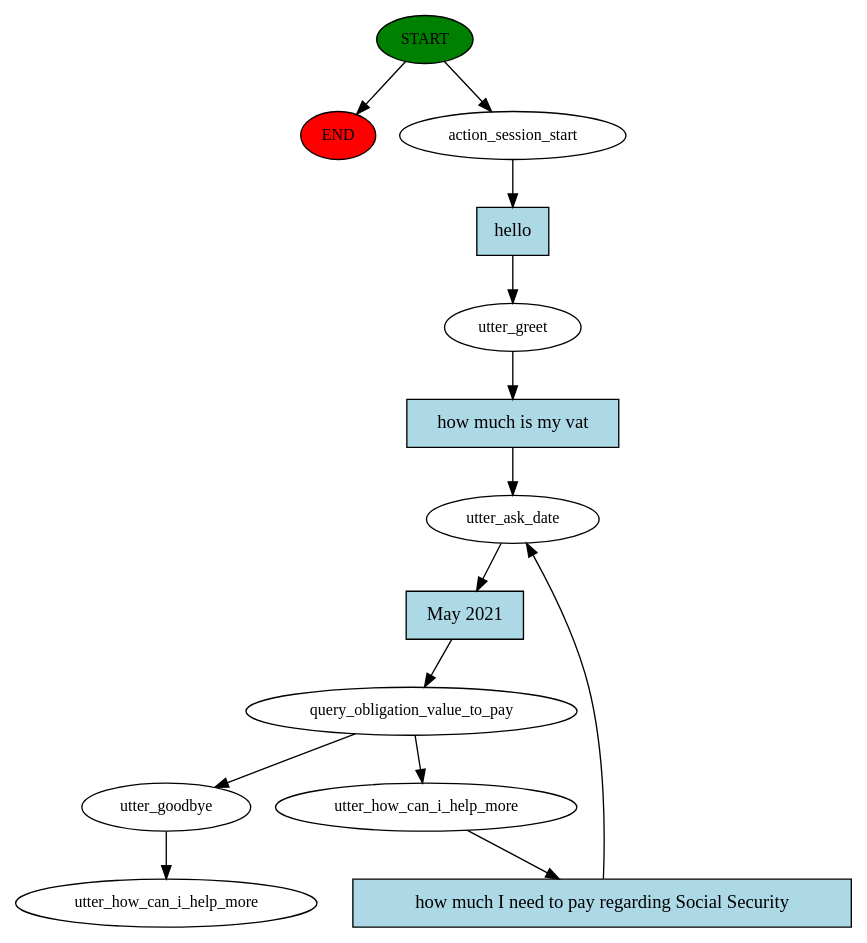
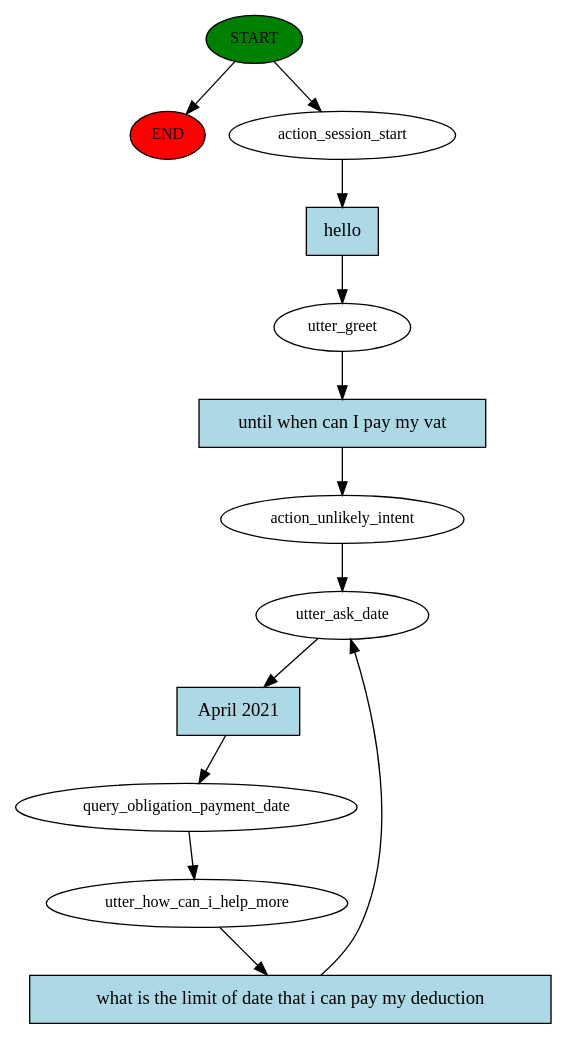
One commit to isabelSoares/PrimaveraChatBot changed the diagram in story_graph.dot. Above: the diagram before and after it, drawn with Graphviz. The commit also changed 9 other files, not shown here.

```diff
--- a/story_graph.dot
+++ b/story_graph.dot
@@ -1,28 +1,26 @@
 digraph  {
 0 [class="start active", fillcolor=green, fontsize=12, label=START, style=filled];
 "-1" [class=end, fillcolor=red, fontsize=12, label=END, style=filled];
 1 [class=active, fontsize=12, label=action_session_start];
 2 [class=active, fontsize=12, label=utter_greet];
-3 [class=active, fontsize=12, label=utter_ask_date];
-4 [class=active, fontsize=12, label=query_obligation_value_to_pay];
-5 [class=active, fontsize=12, label=utter_how_can_i_help_more];
-8 [class=active, fontsize=12, label=utter_goodbye];
-9 [class="dashed active", fontsize=12, label=utter_how_can_i_help_more];
+3 [class=active, fontsize=12, label=action_unlikely_intent];
+4 [class=active, fontsize=12, label=utter_ask_date];
+5 [class=active, fontsize=12, label=query_obligation_payment_date];
+6 [class="active dashed", fontsize=12, label=utter_how_can_i_help_more];
 10 [class="intent active", fillcolor=lightblue, label=hello, shape=rect, style=filled];
-11 [class="intent active", fillcolor=lightblue, label="how much is my vat", shape=rect, style=filled];
-12 [class="intent active", fillcolor=lightblue, label="May 2021", shape=rect, style=filled];
-13 [class="intent active", fillcolor=lightblue, label="how much I need to pay regarding Social Security", shape=rect, style=filled];
+11 [class="intent active", fillcolor=lightblue, label="until when can I pay my vat", shape=rect, style=filled];
+12 [class="intent active", fillcolor=lightblue, label="April 2021", shape=rect, style=filled];
+13 [class="intent active", fillcolor=lightblue, label="what is the limit of date that i can pay my deduction", shape=rect, style=filled];
 0 -> "-1"  [class="", key=NONE, label=""];
 0 -> 1  [class=active, key=NONE, label=""];
 1 -> 10  [class=active, key=0];
 2 -> 11  [class=active, key=0];
-3 -> 12  [class=active, key=0];
-4 -> 5  [class=active, key=NONE, label=""];
-4 -> 8  [class=active, key=NONE, label=""];
-5 -> 13  [class=active, key=0];
-8 -> 9  [class=active, key=NONE, label=""];
+3 -> 4  [class=active, key=NONE, label=""];
+4 -> 12  [class=active, key=0];
+5 -> 6  [class=active, key=NONE, label=""];
+6 -> 13  [class=active, key=0];
 10 -> 2  [class=active, key=0];
 11 -> 3  [class=active, key=0];
-12 -> 4  [class=active, key=0];
-13 -> 3  [class=active, key=0];
+12 -> 5  [class=active, key=0];
+13 -> 4  [class=active, key=0];
 }
```
